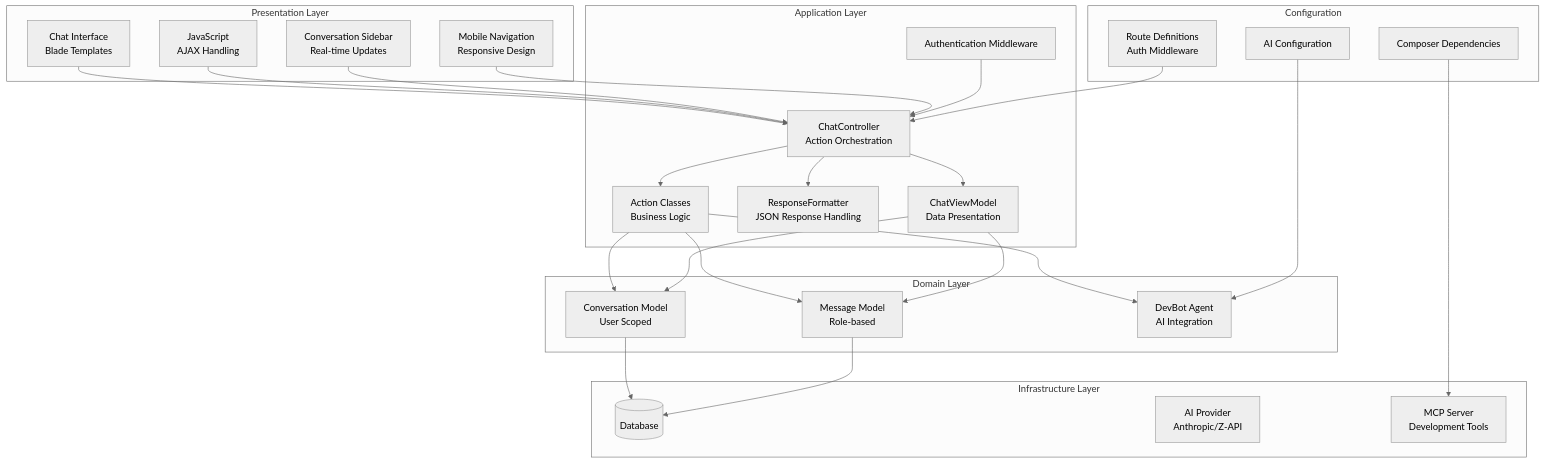
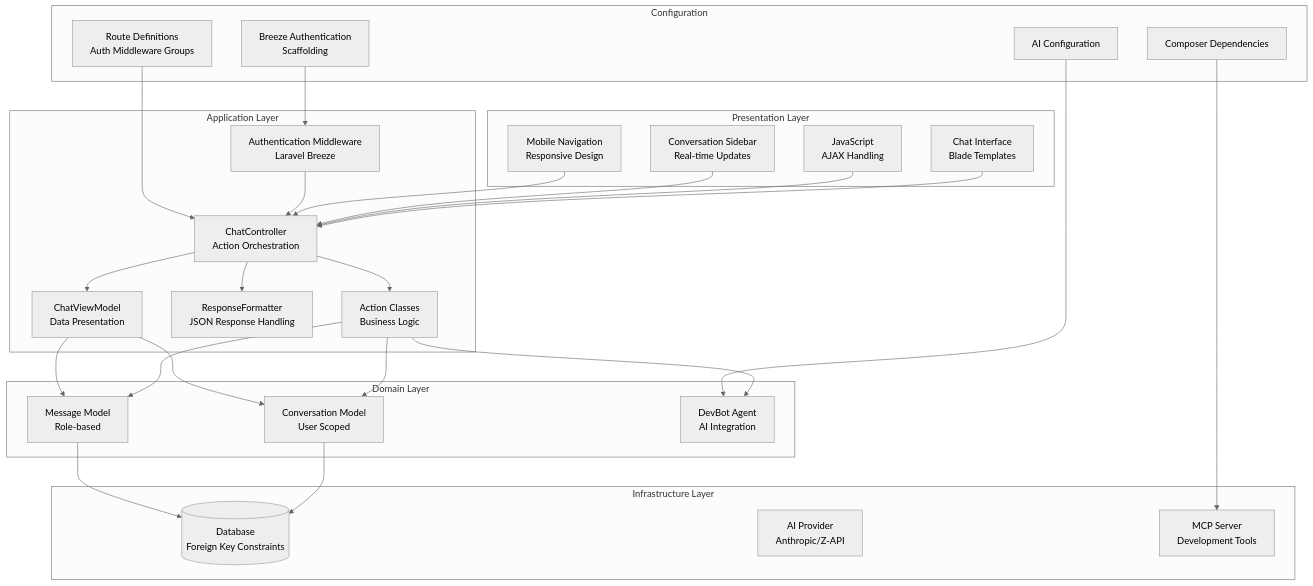
Before and after one commit to siimliimand/laravel-assistant: the first of 8 diagrams in .qoder/repowiki/en/content/Frontend Development/Chat Interface System.md, drawn with Mermaid (neutral theme). The commit also changed other lines of this file and 6 other files, not shown here.

First line of the commit message:
feat(database): add project management schema with ownership and status tracking

````diff
--- a/.qoder/repowiki/en/content/Frontend Development/Chat Interface System.md
+++ b/.qoder/repowiki/en/content/Frontend Development/Chat Interface System.md
@@ -62,49 +62,51 @@
 ```mermaid
 graph TB
 subgraph "Presentation Layer"
 UI[Chat Interface<br/>Blade Templates]
 JS[JavaScript<br/>AJAX Handling]
 Sidebar[Conversation Sidebar<br/>Real-time Updates]
 Mobile[Mobile Navigation<br/>Responsive Design]
 end
 subgraph "Application Layer"
-Auth[Authentication Middleware]
+Auth[Authentication Middleware<br/>Laravel Breeze]
 Controller[ChatController<br/>Action Orchestration]
 Actions[Action Classes<br/>Business Logic]
 Formatter[ResponseFormatter<br/>JSON Response Handling]
 ViewModel[ChatViewModel<br/>Data Presentation]
 end
 subgraph "Domain Layer"
 Conversation[Conversation Model<br/>User Scoped]
 Message[Message Model<br/>Role-based]
 DevBot[DevBot Agent<br/>AI Integration]
 end
 subgraph "Infrastructure Layer"
-Database[(Database)]
+Database[(Database<br/>Foreign Key Constraints)]
 AI_Provider[AI Provider<br/>Anthropic/Z-API]
 MCP_Server[MCP Server<br/>Development Tools]
 end
 subgraph "Configuration"
-Routes[Route Definitions<br/>Auth Middleware]
+Routes[Route Definitions<br/>Auth Middleware Groups]
+Breeze[Breeze Authentication<br/>Scaffolding]
 Config[AI Configuration]
 Composer[Composer Dependencies]
 end
 UI --> Controller
 JS --> Controller
 Sidebar --> Controller
 Mobile --> Controller
 Auth --> Controller
 Controller --> Actions
 Controller --> Formatter
 Controller --> ViewModel
 Actions --> Conversation
 Actions --> Message
 Actions --> DevBot
 Conversation --> Database
 Message --> Database
 ViewModel --> Conversation
 ViewModel --> Message
 Routes --> Controller
+Breeze --> Auth
 Config --> DevBot
 Composer --> MCP_Server
 ```
````
